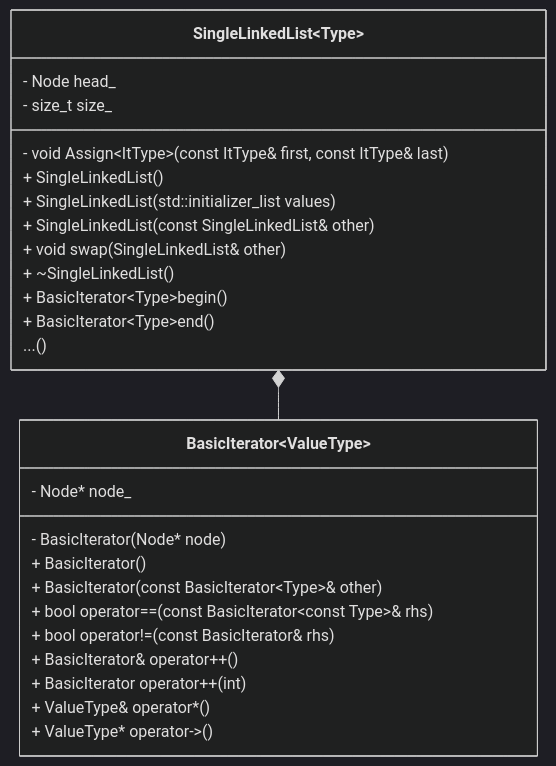
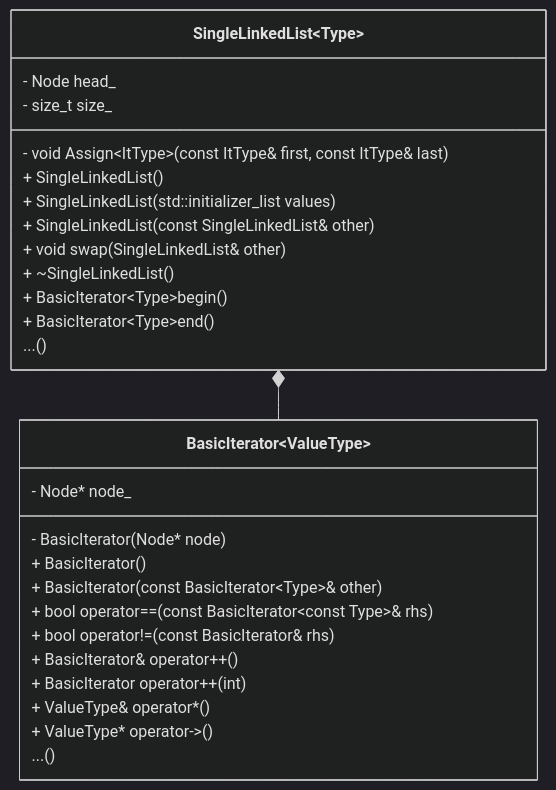
Before and after one commit to alexkozlovvv/cpp-single-linked-list: the diagram in README.md, drawn with Mermaid (dark theme).

Commit message:
Добавить многоточие к классу BasicIterator в readme

````diff
--- a/README.md
+++ b/README.md
@@ -7,31 +7,32 @@
 ```mermaid
     classDiagram
     class SingleLinkedList~Type~ {
         - Node head_
         - size_t size_
         - void Assign~ItType~(const ItType& first, const ItType& last)
 
         + SingleLinkedList()
         + SingleLinkedList(std::initializer_list<Type> values)
         + SingleLinkedList(const SingleLinkedList& other) 
         + void swap(SingleLinkedList& other)
         + ~SingleLinkedList()
         + BasicIterator~Type~begin()
         + BasicIterator~Type~end()
         ...()
     }
     class BasicIterator~ValueType~ {
         - Node* node_
         - BasicIterator(Node* node)
         
         + BasicIterator()
         + BasicIterator(const BasicIterator~Type~& other)
         + bool operator==(const BasicIterator~const Type~& rhs)
         + bool operator!=(const BasicIterator<const Type>& rhs)
         + BasicIterator& operator++()
         + BasicIterator operator++(int)
         + ValueType& operator*()
         + ValueType* operator->() 
+        ...()
     }
     SingleLinkedList *-- BasicIterator
 ```
````
